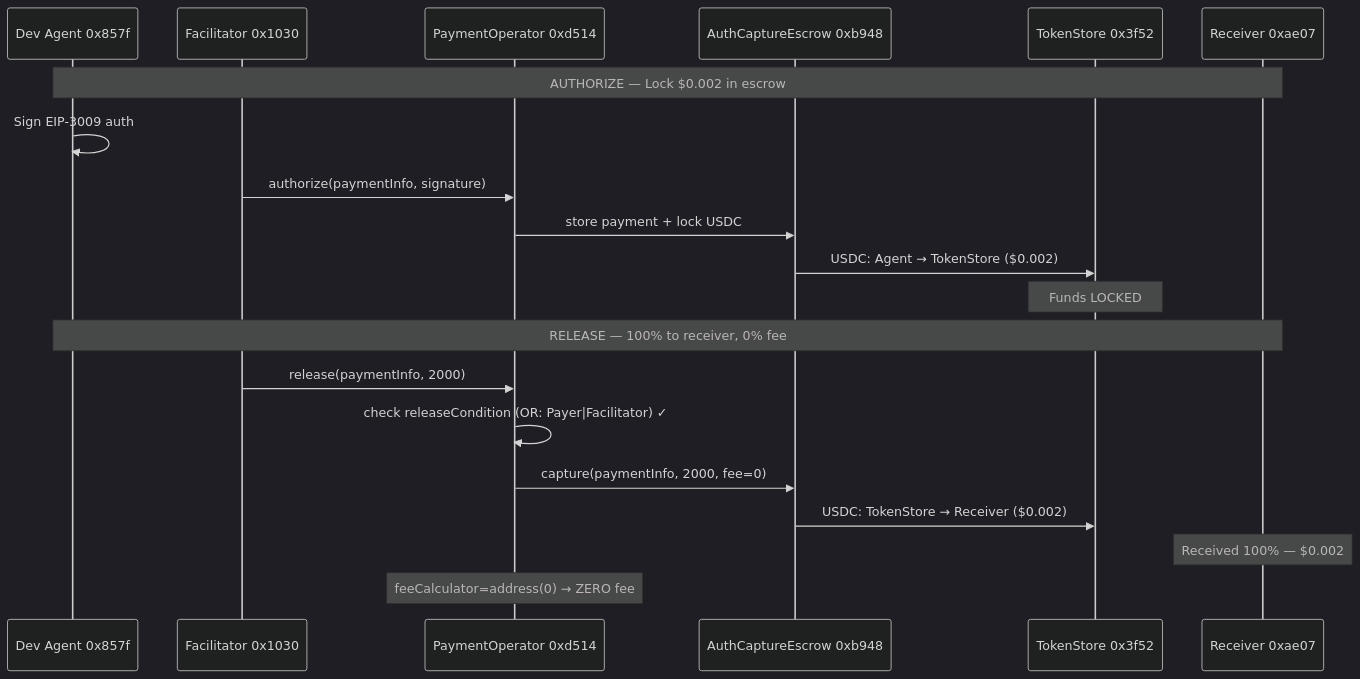
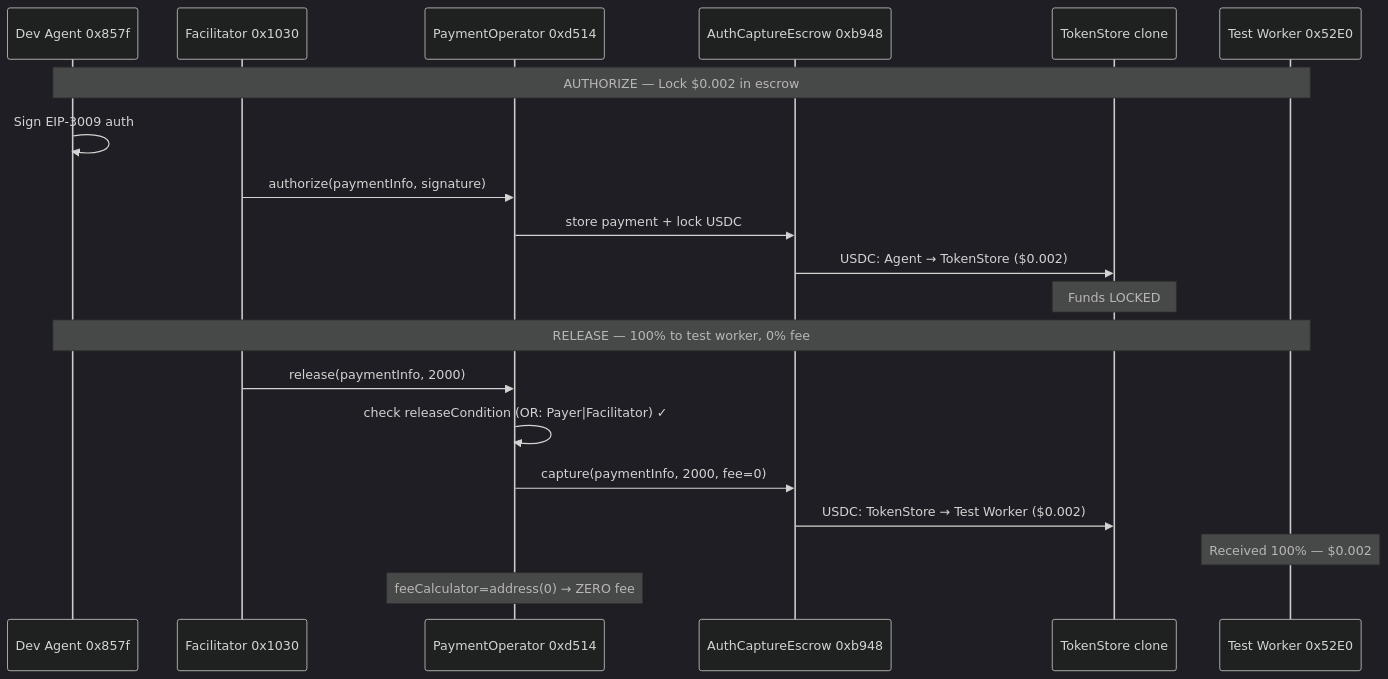
The first of 4 diagrams in docs/reports/COMPLETE_FLOW_REPORT_2026-02-13.md (UltravioletaDAO/execution-market), drawn with Mermaid (dark theme) before and after one commit. The commit also changed other lines of this file and 1 other file, not shown here.

First line of the commit message:
docs: complete flow report — all scenarios with on-chain TX evidence

````diff
--- a/docs/reports/COMPLETE_FLOW_REPORT_2026-02-13.md
+++ b/docs/reports/COMPLETE_FLOW_REPORT_2026-02-13.md
@@ -145,26 +139,26 @@
 ```mermaid
 sequenceDiagram
     participant A as Dev Agent 0x857f
     participant F as Facilitator 0x1030
     participant OP as PaymentOperator 0xd514
     participant ESC as AuthCaptureEscrow 0xb948
-    participant TS as TokenStore 0x3f52
-    participant R as Receiver 0xae07
+    participant TS as TokenStore clone
+    participant W as Test Worker 0x52E0
 
-    Note over A,R: AUTHORIZE — Lock $0.002 in escrow
+    Note over A,W: AUTHORIZE — Lock $0.002 in escrow
 
     A->>A: Sign EIP-3009 auth
     F->>OP: authorize(paymentInfo, signature)
     OP->>ESC: store payment + lock USDC
     ESC->>TS: USDC: Agent → TokenStore ($0.002)
     Note over TS: Funds LOCKED
 
-    Note over A,R: RELEASE — 100% to receiver, 0% fee
+    Note over A,W: RELEASE — 100% to test worker, 0% fee
 
     F->>OP: release(paymentInfo, 2000)
     OP->>OP: check releaseCondition (OR: Payer|Facilitator) ✓
     OP->>ESC: capture(paymentInfo, 2000, fee=0)
-    ESC->>TS: USDC: TokenStore → Receiver ($0.002)
-    Note over R: Received 100% — $0.002
+    ESC->>TS: USDC: TokenStore → Test Worker ($0.002)
+    Note over W: Received 100% — $0.002
     Note over OP: feeCalculator=address(0) → ZERO fee
 ```
````
